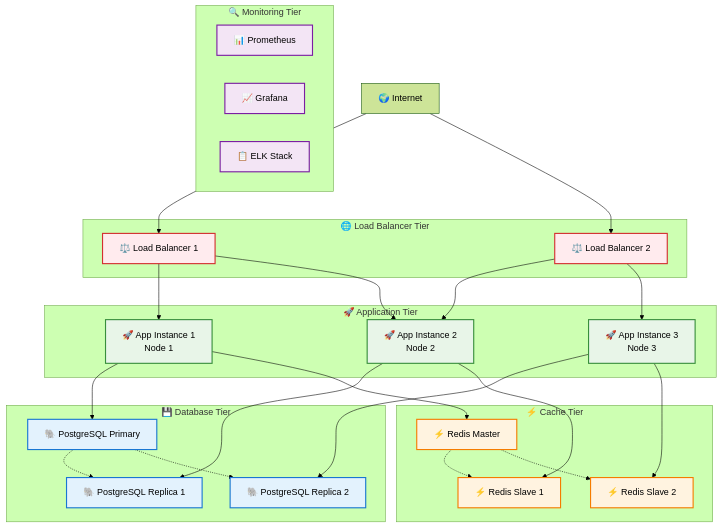
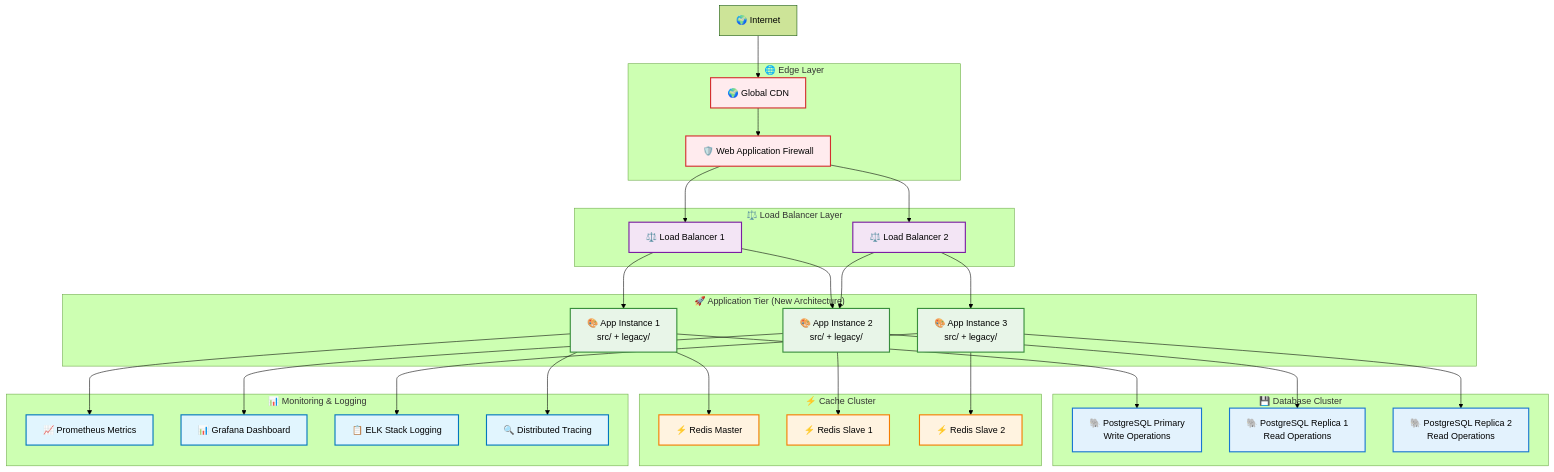
Before and after one commit to MakerCorn/ai-prompt-manager: the tenth of 16 diagrams in ARCHITECTURE.md, drawn with Mermaid (forest theme). The commit also changed other lines of this file and 39 other files, not shown here.

````diff
--- a/ARCHITECTURE.md
+++ b/ARCHITECTURE.md
@@ -497,64 +612,74 @@
 ```mermaid
 graph TB
-    subgraph "🌐 Load Balancer Tier"
+    subgraph "🌐 Edge Layer"
+        CDN[🌍 Global CDN]
+        WAF[🛡️ Web Application Firewall]
+    end
+
+    subgraph "⚖️ Load Balancer Layer"
         LB1[⚖️ Load Balancer 1]
         LB2[⚖️ Load Balancer 2]
     end
 
-    subgraph "🚀 Application Tier"
-        APP1[🚀 App Instance 1<br/>Node 1]
-        APP2[🚀 App Instance 2<br/>Node 2]
-        APP3[🚀 App Instance 3<br/>Node 3]
+    subgraph "🚀 Application Tier (New Architecture)"
+        APP1[🎨 App Instance 1<br/>src/ + legacy/]
+        APP2[🎨 App Instance 2<br/>src/ + legacy/]
+        APP3[🎨 App Instance 3<br/>src/ + legacy/]
     end
 
-    subgraph "💾 Database Tier"
-        DB_PRIMARY[🐘 PostgreSQL Primary]
-        DB_REPLICA1[🐘 PostgreSQL Replica 1]
-        DB_REPLICA2[🐘 PostgreSQL Replica 2]
+    subgraph "💾 Database Cluster"
+        DB_PRIMARY[🐘 PostgreSQL Primary<br/>Write Operations]
+        DB_REPLICA1[🐘 PostgreSQL Replica 1<br/>Read Operations]
+        DB_REPLICA2[🐘 PostgreSQL Replica 2<br/>Read Operations]
     end
 
-    subgraph "⚡ Cache Tier"
+    subgraph "⚡ Cache Cluster"
         REDIS_MASTER[⚡ Redis Master]
         REDIS_SLAVE1[⚡ Redis Slave 1]
         REDIS_SLAVE2[⚡ Redis Slave 2]
     end
 
-    subgraph "🔍 Monitoring Tier"
-        PROMETHEUS[📊 Prometheus]
-        GRAFANA[📈 Grafana]
-        LOGS[📋 ELK Stack]
+    subgraph "📊 Monitoring & Logging"
+        PROMETHEUS[📈 Prometheus Metrics]
+        GRAFANA[📊 Grafana Dashboard]
+        ELK[📋 ELK Stack Logging]
+        JAEGER[🔍 Distributed Tracing]
     end
 
-    INTERNET[🌍 Internet] --> LB1
-    INTERNET --> LB2
+    INTERNET[🌍 Internet] --> CDN
+    CDN --> WAF
+    WAF --> LB1
+    WAF --> LB2
     
     LB1 --> APP1
     LB1 --> APP2
     LB2 --> APP2
     LB2 --> APP3
     
     APP1 --> DB_PRIMARY
     APP2 --> DB_REPLICA1
     APP3 --> DB_REPLICA2
     
     APP1 --> REDIS_MASTER
     APP2 --> REDIS_SLAVE1
     APP3 --> REDIS_SLAVE2
-    
-    DB_PRIMARY -.-> DB_REPLICA1
-    DB_PRIMARY -.-> DB_REPLICA2
-    REDIS_MASTER -.-> REDIS_SLAVE1
-    REDIS_MASTER -.-> REDIS_SLAVE2
 
-    classDef lb fill:#ffebee,stroke:#d32f2f,stroke-width:2px
+    APP1 --> PROMETHEUS
+    APP2 --> GRAFANA
+    APP3 --> ELK
+    APP1 --> JAEGER
+
+    classDef edge fill:#ffebee,stroke:#d32f2f,stroke-width:2px
+    classDef lb fill:#f3e5f5,stroke:#7b1fa2,stroke-width:2px
     classDef app fill:#e8f5e8,stroke:#388e3c,stroke-width:2px
-    classDef db fill:#e3f2fd,stroke:#1976d2,stroke-width:2px
+    classDef database fill:#e3f2fd,stroke:#1976d2,stroke-width:2px
     classDef cache fill:#fff3e0,stroke:#f57c00,stroke-width:2px
-    classDef monitor fill:#f3e5f5,stroke:#7b1fa2,stroke-width:2px
+    classDef monitoring fill:#e1f5fe,stroke:#0277bd,stroke-width:2px
 
+    class CDN,WAF edge
     class LB1,LB2 lb
     class APP1,APP2,APP3 app
-    class DB_PRIMARY,DB_REPLICA1,DB_REPLICA2 db
+    class DB_PRIMARY,DB_REPLICA1,DB_REPLICA2 database
     class REDIS_MASTER,REDIS_SLAVE1,REDIS_SLAVE2 cache
-    class PROMETHEUS,GRAFANA,LOGS monitor
+    class PROMETHEUS,GRAFANA,ELK,JAEGER monitoring
 ```
````
